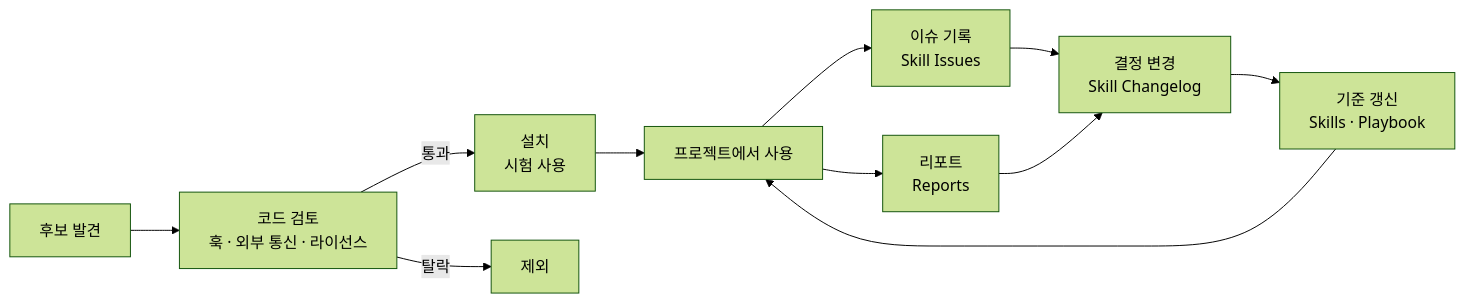
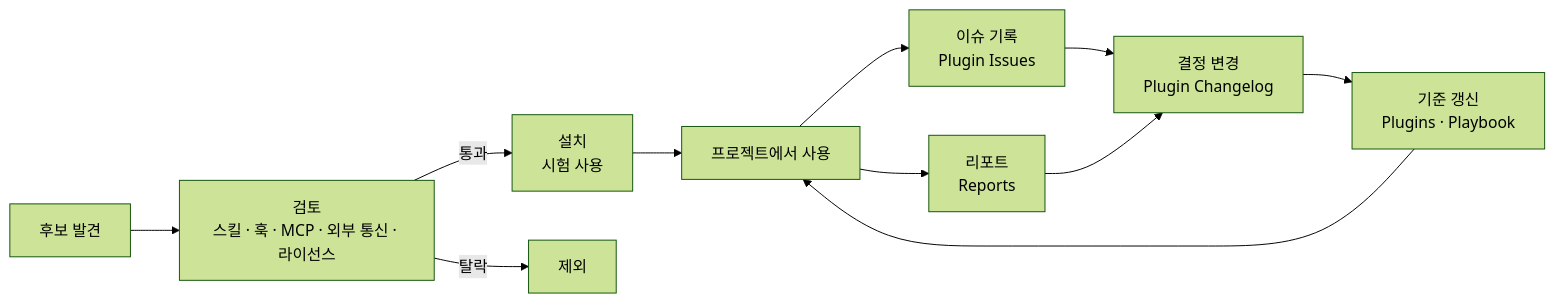
One commit to AidenLee0408/side-toolkit changed the diagram in README.md. Above: the diagram before and after it, drawn with Mermaid (forest theme). The commit also changed other lines of this file and 13 other files, not shown here.

````diff
--- a/README.md
+++ b/README.md
@@ -76,13 +77,13 @@
 ```mermaid
 flowchart LR
-    A[후보 발견] --> B[코드 검토<br/>훅 · 외부 통신 · 라이선스]
+    A[후보 발견] --> B[검토<br/>스킬 · 훅 · MCP · 외부 통신 · 라이선스]
     B -->|통과| C[설치<br/>시험 사용]
     B -->|탈락| X[제외]
     C --> D[프로젝트에서 사용]
-    D --> E[이슈 기록<br/>Skill Issues]
+    D --> E[이슈 기록<br/>Plugin Issues]
     D --> F[리포트<br/>Reports]
-    E --> G[결정 변경<br/>Skill Changelog]
+    E --> G[결정 변경<br/>Plugin Changelog]
     F --> G
-    G --> H[기준 갱신<br/>Skills · Playbook]
+    G --> H[기준 갱신<br/>Plugins · Playbook]
     H --> D
 ```
````
